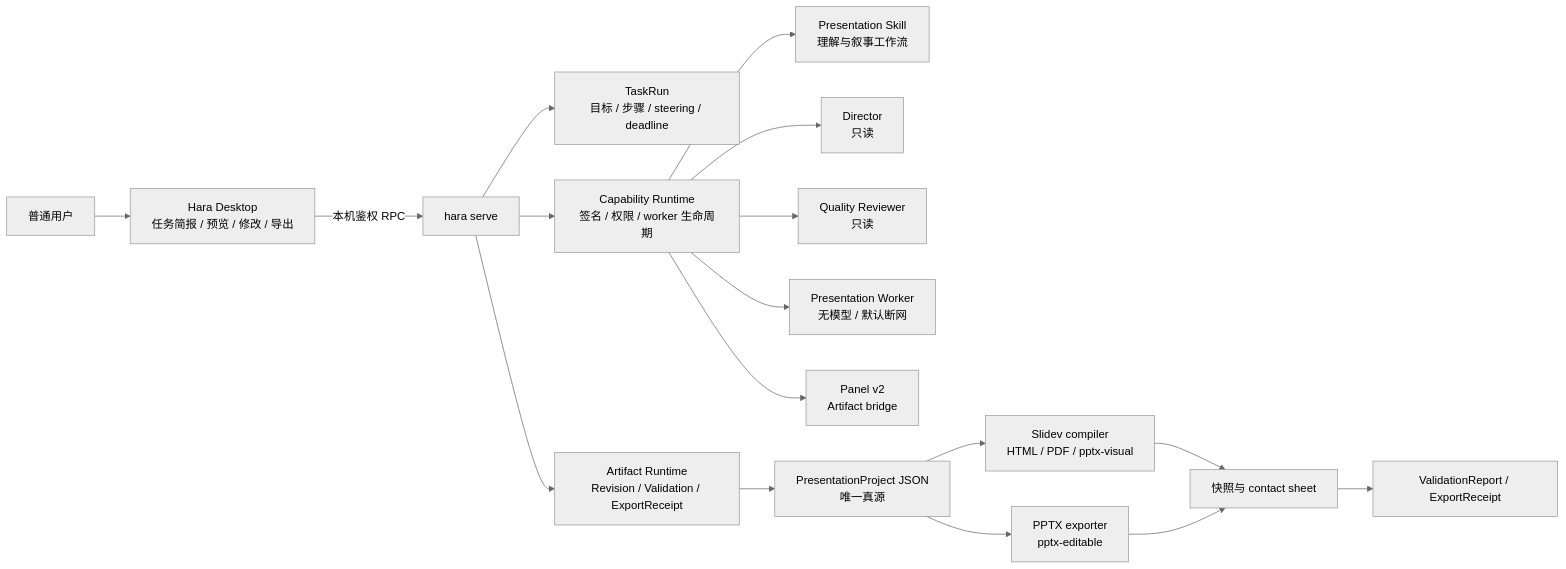
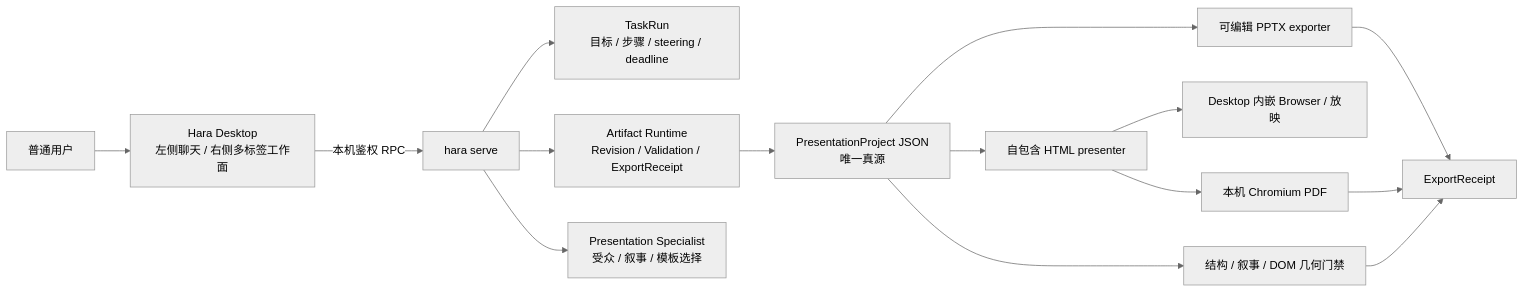
One commit to hara-cli/hara-desktop changed the second of 2 diagrams in docs/PRESENTATION_CAPABILITY_ARCHITECTURE.md. Above: the diagram before and after it, drawn with Mermaid (neutral theme). The commit also changed other lines of this file and 15 other files, not shown here.

Commit message:
feat(presentation): verify PDF delivery and quality

````diff
--- a/docs/PRESENTATION_CAPABILITY_ARCHITECTURE.md
+++ b/docs/PRESENTATION_CAPABILITY_ARCHITECTURE.md
@@ -146,22 +144,19 @@
 ```mermaid
 flowchart LR
-    U[普通用户] --> D[Hara Desktop<br/>任务简报 / 预览 / 修改 / 导出]
+    U[普通用户] --> D[Hara Desktop<br/>左侧聊天 / 右侧多标签工作面]
     D -->|本机鉴权 RPC| S[hara serve]
 
     S --> T[TaskRun<br/>目标 / 步骤 / steering / deadline]
     S --> A[Artifact Runtime<br/>Revision / Validation / ExportReceipt]
-    S --> C[Capability Runtime<br/>签名 / 权限 / worker 生命周期]
-
-    C --> SK[Presentation Skill<br/>理解与叙事工作流]
-    C --> DR[Director<br/>只读]
-    C --> QR[Quality Reviewer<br/>只读]
-    C --> W[Presentation Worker<br/>无模型 / 默认断网]
-    C --> P[Panel v2<br/>Artifact bridge]
+    S --> SK[Presentation Specialist<br/>受众 / 叙事 / 模板选择]
 
     A --> J[PresentationProject JSON<br/>唯一真源]
-    J --> SL[Slidev compiler<br/>HTML / PDF / pptx-visual]
-    J --> PX[PPTX exporter<br/>pptx-editable]
-    SL --> V[快照与 contact sheet]
-    PX --> V
-    V --> R[ValidationReport / ExportReceipt]
+    J --> H[自包含 HTML presenter]
+    J --> PX[可编辑 PPTX exporter]
+    H --> B[Desktop 内嵌 Browser / 放映]
+    H --> PDF[本机 Chromium PDF]
+    J --> V[结构 / 叙事 / DOM 几何门禁]
+    PX --> R[ExportReceipt]
+    PDF --> R
+    V --> R
 ```
````
